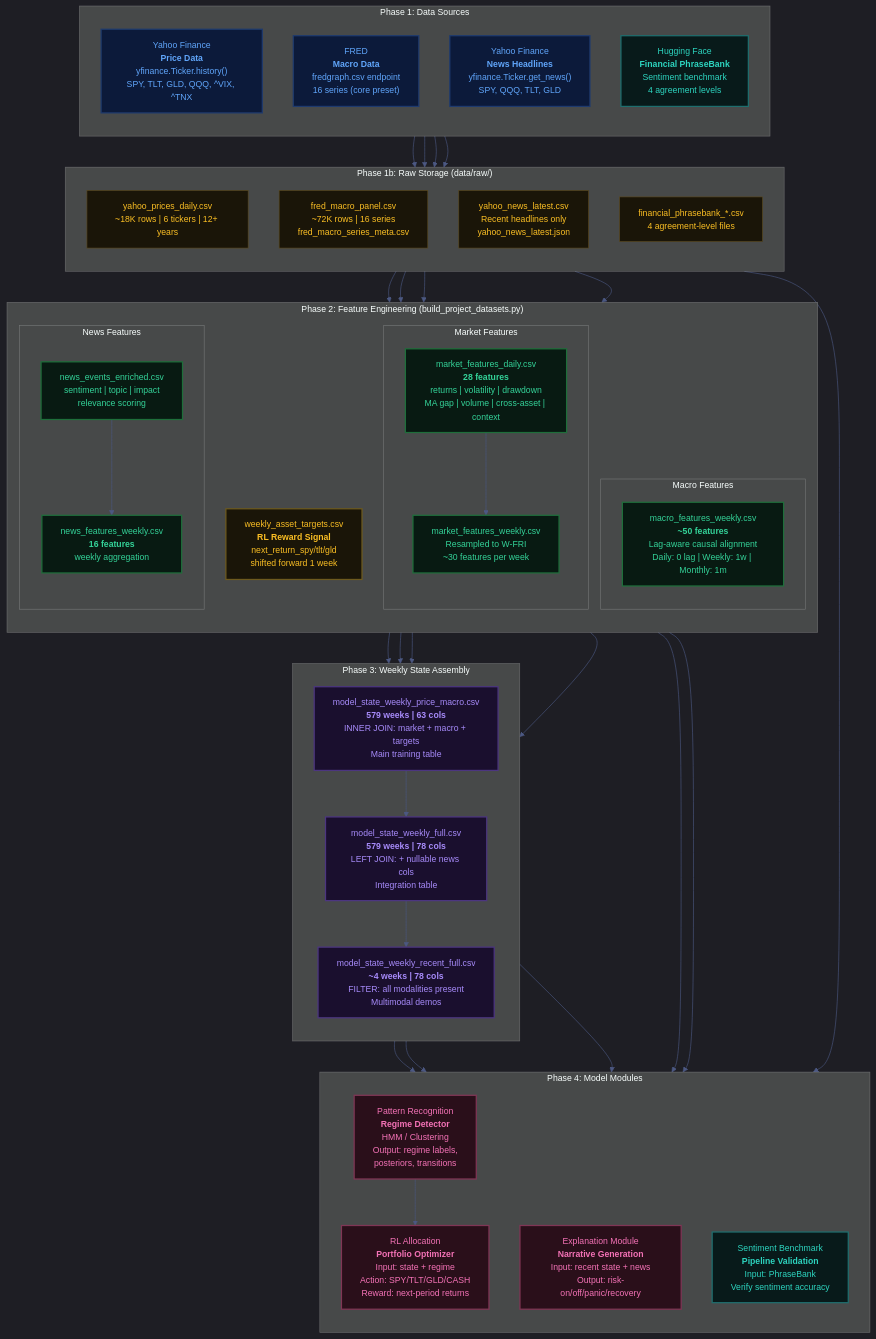
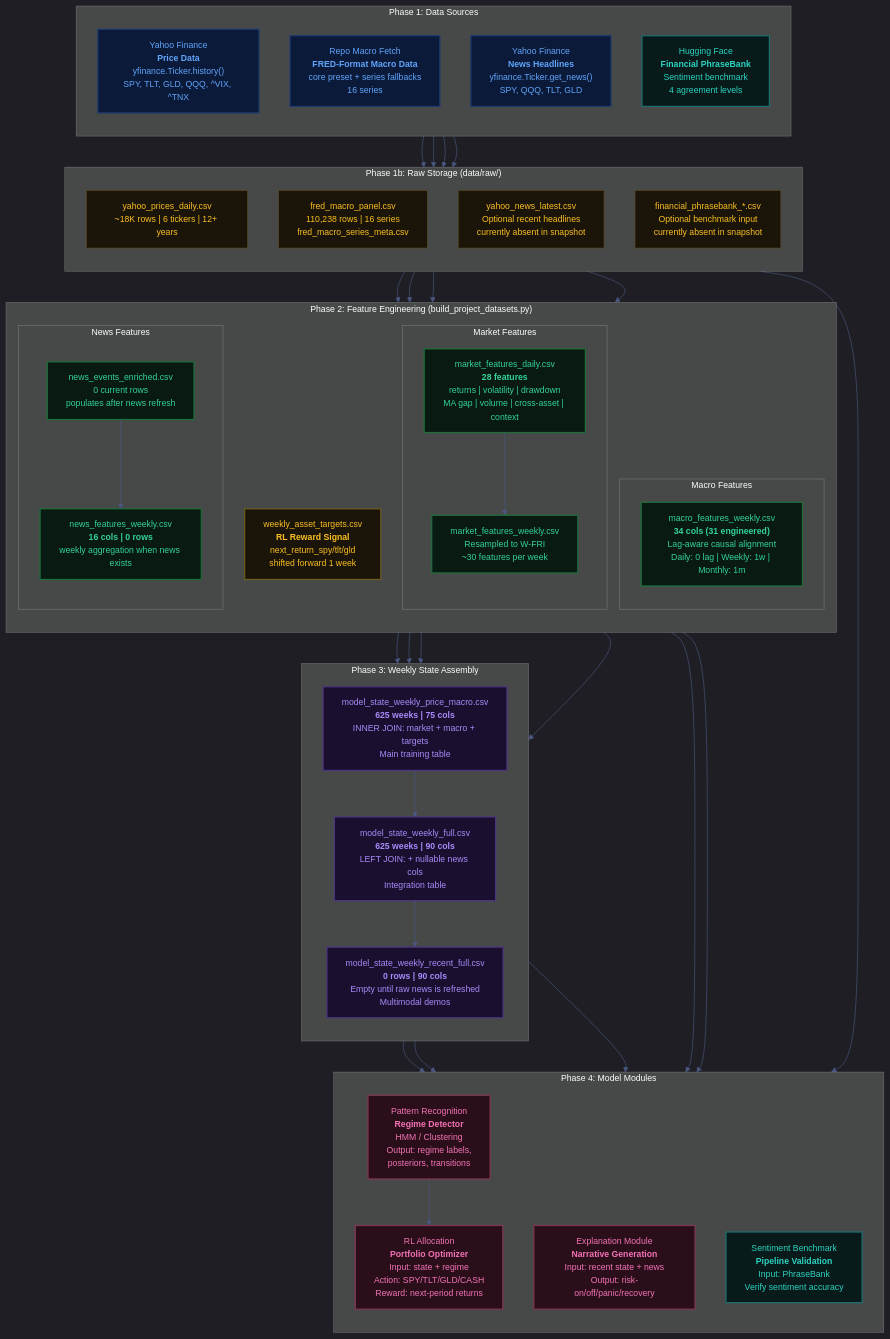
Before and after one commit to Kongfha/Market-Regime-Detection-for-RL-Allocation: the diagram in output/reports/data_pipeline_diagram.mermaid, drawn with Mermaid. The commit also changed 16 other files, not shown here.

```diff
--- a/output/reports/data_pipeline_diagram.mermaid
+++ b/output/reports/data_pipeline_diagram.mermaid
@@ -1,108 +1,108 @@
 %%{init: {'theme': 'dark', 'themeVariables': {'primaryColor': '#1e3a6e', 'primaryTextColor': '#e0e4ef', 'primaryBorderColor': '#3b4575', 'lineColor': '#4c5882', 'secondaryColor': '#1a1f3a', 'tertiaryColor': '#111628', 'fontSize': '14px'}}}%%
 
 graph TD
     %% ============ DATA SOURCES ============
     subgraph SOURCES["Phase 1: Data Sources"]
         direction TB
         YF_PRICE["Yahoo Finance<br/><b>Price Data</b><br/>yfinance.Ticker.history()<br/>SPY, TLT, GLD, QQQ, ^VIX, ^TNX"]
-        FRED_API["FRED<br/><b>Macro Data</b><br/>fredgraph.csv endpoint<br/>16 series (core preset)"]
+        FRED_API["Repo Macro Fetch<br/><b>FRED-Format Macro Data</b><br/>core preset + series fallbacks<br/>16 series"]
         YF_NEWS["Yahoo Finance<br/><b>News Headlines</b><br/>yfinance.Ticker.get_news()<br/>SPY, QQQ, TLT, GLD"]
         FPB["Hugging Face<br/><b>Financial PhraseBank</b><br/>Sentiment benchmark<br/>4 agreement levels"]
     end
 
     %% ============ RAW STORAGE ============
     subgraph RAW["Phase 1b: Raw Storage (data/raw/)"]
         direction TB
         RAW_PRICE["yahoo_prices_daily.csv<br/>~18K rows | 6 tickers | 12+ years"]
-        RAW_FRED["fred_macro_panel.csv<br/>~72K rows | 16 series<br/>fred_macro_series_meta.csv"]
-        RAW_NEWS["yahoo_news_latest.csv<br/>Recent headlines only<br/>yahoo_news_latest.json"]
-        RAW_FPB["financial_phrasebank_*.csv<br/>4 agreement-level files"]
+        RAW_FRED["fred_macro_panel.csv<br/>110,238 rows | 16 series<br/>fred_macro_series_meta.csv"]
+        RAW_NEWS["yahoo_news_latest.csv<br/>Optional recent headlines<br/>currently absent in snapshot"]
+        RAW_FPB["financial_phrasebank_*.csv<br/>Optional benchmark input<br/>currently absent in snapshot"]
     end
 
     %% ============ FEATURE ENGINEERING ============
     subgraph FEATURES["Phase 2: Feature Engineering (build_project_datasets.py)"]
         direction TB
 
         subgraph MARKET_FEAT["Market Features"]
             MF_DAILY["market_features_daily.csv<br/><b>28 features</b><br/>returns | volatility | drawdown<br/>MA gap | volume | cross-asset | context"]
             MF_WEEKLY["market_features_weekly.csv<br/>Resampled to W-FRI<br/>~30 features per week"]
         end
 
         subgraph MACRO_FEAT["Macro Features"]
-            MACRO_W["macro_features_weekly.csv<br/><b>~50 features</b><br/>Lag-aware causal alignment<br/>Daily: 0 lag | Weekly: 1w | Monthly: 1m"]
+            MACRO_W["macro_features_weekly.csv<br/><b>34 cols (31 engineered)</b><br/>Lag-aware causal alignment<br/>Daily: 0 lag | Weekly: 1w | Monthly: 1m"]
         end
 
         subgraph NEWS_FEAT["News Features"]
-            NEWS_ENR["news_events_enriched.csv<br/>sentiment | topic | impact<br/>relevance scoring"]
-            NEWS_W["news_features_weekly.csv<br/><b>16 features</b><br/>weekly aggregation"]
+            NEWS_ENR["news_events_enriched.csv<br/>0 current rows<br/>populates after news refresh"]
+            NEWS_W["news_features_weekly.csv<br/><b>16 cols | 0 rows</b><br/>weekly aggregation when news exists"]
         end
 
         TARGETS["weekly_asset_targets.csv<br/><b>RL Reward Signal</b><br/>next_return_spy/tlt/gld<br/>shifted forward 1 week"]
     end
 
     %% ============ STATE ASSEMBLY ============
     subgraph STATE["Phase 3: Weekly State Assembly"]
         direction TB
-        STATE_PM["model_state_weekly_price_macro.csv<br/><b>579 weeks | 63 cols</b><br/>INNER JOIN: market + macro + targets<br/>Main training table"]
-        STATE_FULL["model_state_weekly_full.csv<br/><b>579 weeks | 78 cols</b><br/>LEFT JOIN: + nullable news cols<br/>Integration table"]
-        STATE_RECENT["model_state_weekly_recent_full.csv<br/><b>~4 weeks | 78 cols</b><br/>FILTER: all modalities present<br/>Multimodal demos"]
+        STATE_PM["model_state_weekly_price_macro.csv<br/><b>625 weeks | 75 cols</b><br/>INNER JOIN: market + macro + targets<br/>Main training table"]
+        STATE_FULL["model_state_weekly_full.csv<br/><b>625 weeks | 90 cols</b><br/>LEFT JOIN: + nullable news cols<br/>Integration table"]
+        STATE_RECENT["model_state_weekly_recent_full.csv<br/><b>0 rows | 90 cols</b><br/>Empty until raw news is refreshed<br/>Multimodal demos"]
     end
 
     %% ============ MODEL MODULES ============
     subgraph MODELS["Phase 4: Model Modules"]
         direction TB
         REGIME["Pattern Recognition<br/><b>Regime Detector</b><br/>HMM / Clustering<br/>Output: regime labels,<br/>posteriors, transitions"]
         RL["RL Allocation<br/><b>Portfolio Optimizer</b><br/>Input: state + regime<br/>Action: SPY/TLT/GLD/CASH<br/>Reward: next-period returns"]
         EXPLAIN["Explanation Module<br/><b>Narrative Generation</b><br/>Input: recent state + news<br/>Output: risk-on/off/panic/recovery"]
         BENCH["Sentiment Benchmark<br/><b>Pipeline Validation</b><br/>Input: PhraseBank<br/>Verify sentiment accuracy"]
     end
 
     %% ============ CONNECTIONS ============
     YF_PRICE --> RAW_PRICE
     FRED_API --> RAW_FRED
     YF_NEWS --> RAW_NEWS
     FPB --> RAW_FPB
 
     RAW_PRICE --> MF_DAILY
     RAW_PRICE --> TARGETS
     MF_DAILY --> MF_WEEKLY
 
     RAW_FRED --> MACRO_W
 
     RAW_NEWS --> NEWS_ENR
     NEWS_ENR --> NEWS_W
 
     MF_WEEKLY --> STATE_PM
     MACRO_W --> STATE_PM
     TARGETS --> STATE_PM
 
     STATE_PM --> STATE_FULL
     NEWS_W --> STATE_FULL
 
     STATE_FULL --> STATE_RECENT
 
     STATE_PM --> REGIME
     STATE_PM --> RL
     TARGETS --> RL
     STATE_RECENT --> EXPLAIN
     NEWS_ENR --> EXPLAIN
     REGIME --> RL
     RAW_FPB --> BENCH
 
     %% ============ STYLES ============
     classDef source fill:#0c1a3a,stroke:#1e3a6e,color:#60a5fa,stroke-width:2px
     classDef raw fill:#1a1508,stroke:#5c4a1e,color:#fbbf24,stroke-width:1px
     classDef feature fill:#081a12,stroke:#1e6e3a,color:#34d399,stroke-width:2px
     classDef state fill:#1a0f2e,stroke:#4c3580,color:#a78bfa,stroke-width:2px
     classDef model fill:#2a0f1a,stroke:#803555,color:#f472b6,stroke-width:2px
     classDef bench fill:#081a1a,stroke:#1e6e6e,color:#2dd4bf,stroke-width:2px
     classDef target fill:#1a1508,stroke:#6e5a1e,color:#fbbf24,stroke-width:2px
 
     class YF_PRICE,FRED_API,YF_NEWS source
     class FPB bench
     class RAW_PRICE,RAW_FRED,RAW_NEWS,RAW_FPB raw
     class MF_DAILY,MF_WEEKLY,MACRO_W,NEWS_ENR,NEWS_W feature
     class TARGETS target
     class STATE_PM,STATE_FULL,STATE_RECENT state
     class REGIME,RL,EXPLAIN model
     class BENCH bench
```
